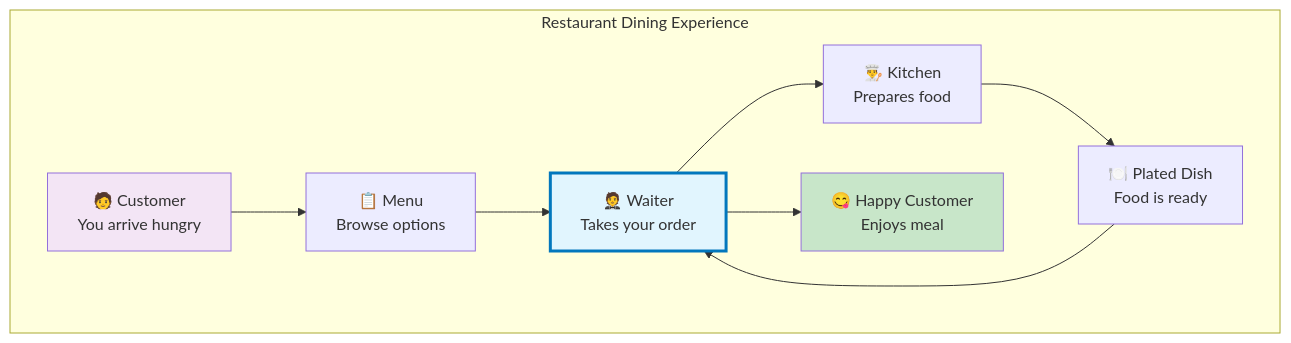
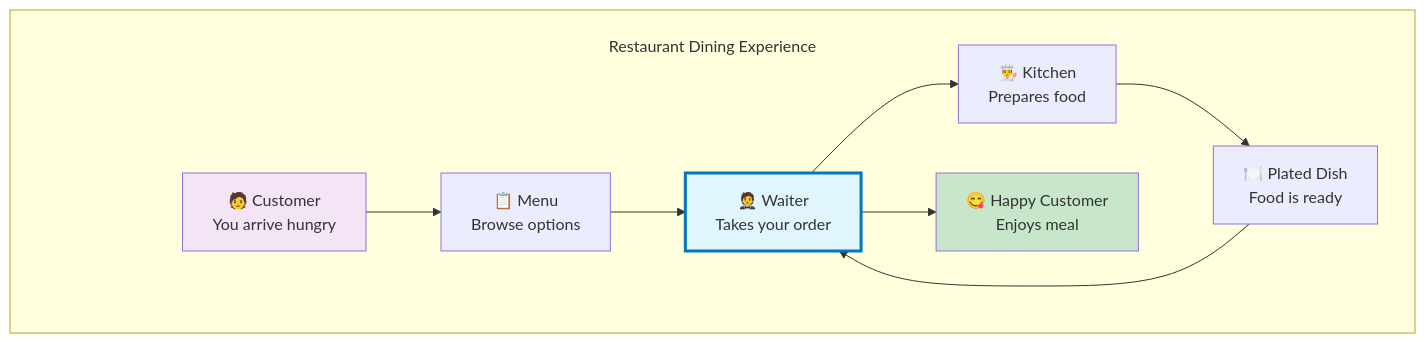
Before and after one commit to ridwanspace/restful-fastapi-guideline: the first of 17 diagrams in app/docs/01_getting-started/a-start-what-is-restapi/page.mdx, drawn with Mermaid.

Commit message:
Docs: Improve vertical spacing in REST API intro diagram
Adjusts the Mermaid diagram in "What is a REST API?" to enhance visual clarity and balance.

- Adds a line break before the subgraph title (`<br>Restaurant Dining Experience`).
- Introduces an invisible node above the "Customer" element to increase top margin.

These changes improve the overall readability and presentation of the diagram.

````diff
--- a/app/docs/01_getting-started/a-start-what-is-restapi/page.mdx
+++ b/app/docs/01_getting-started/a-start-what-is-restapi/page.mdx
@@ -27,15 +27,19 @@
 ```mermaid
 graph TD
-    subgraph "Restaurant Dining Experience"
-        A[🧑 Customer<br/>You arrive hungry] --> B[📋 Menu<br/>Browse options]
+    subgraph "<br>Restaurant Dining Experience"
+        %% Invisible node for spacing
+        invisible_node[ ]
+        invisible_node ~~~ A[🧑 Customer<br/>You arrive hungry]
+        A --> B[📋 Menu<br/>Browse options]
         B --> C[🤵 Waiter<br/>Takes your order]
         C --> D[👨‍🍳 Kitchen<br/>Prepares food]
         D --> E[🍽️ Plated Dish<br/>Food is ready]
         E --> C
         C --> F[😋 Happy Customer<br/>Enjoys meal]
     end
     
+    style invisible_node fill:none,stroke:none
     style C fill:#e1f5fe,stroke:#0277bd,stroke-width:3px
     style A fill:#f3e5f5
     style F fill:#c8e6c9
 ```
````
